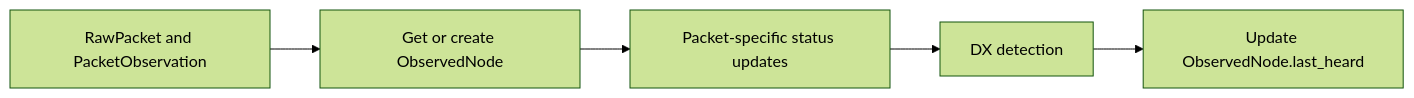
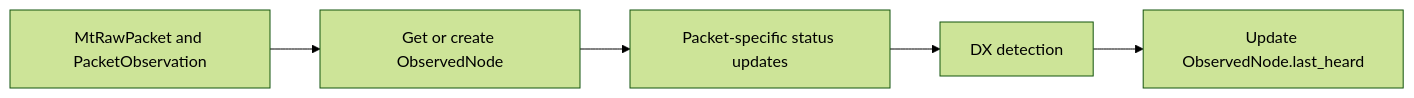
The diagram in docs/features/dx-monitoring/detection.md (pskillen/meshflow-api), drawn with Mermaid (forest theme) before and after one commit. The commit also changed other lines of this file and 18 other files, not shown here.

First line of the commit message:
feat(packets): rename Meshtastic RawPacket model to MtRawPacket

````diff
--- a/docs/features/dx-monitoring/detection.md
+++ b/docs/features/dx-monitoring/detection.md
@@ -44,7 +44,7 @@
 ```mermaid
 flowchart LR
-  packet["RawPacket and PacketObservation"] --> source["Get or create ObservedNode"]
+  packet["MtRawPacket and PacketObservation"] --> source["Get or create ObservedNode"]
   source --> packetSpecific["Packet-specific status updates"]
   packetSpecific --> detection["DX detection"]
   detection --> lastHeard["Update ObservedNode.last_heard"]
 ```
````
